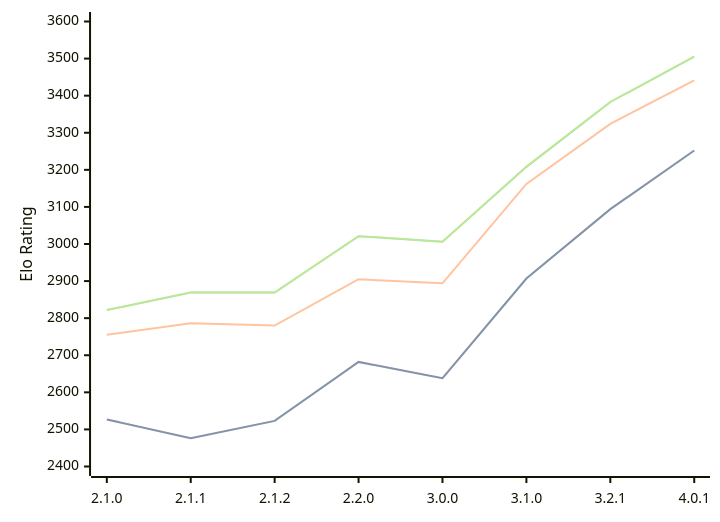
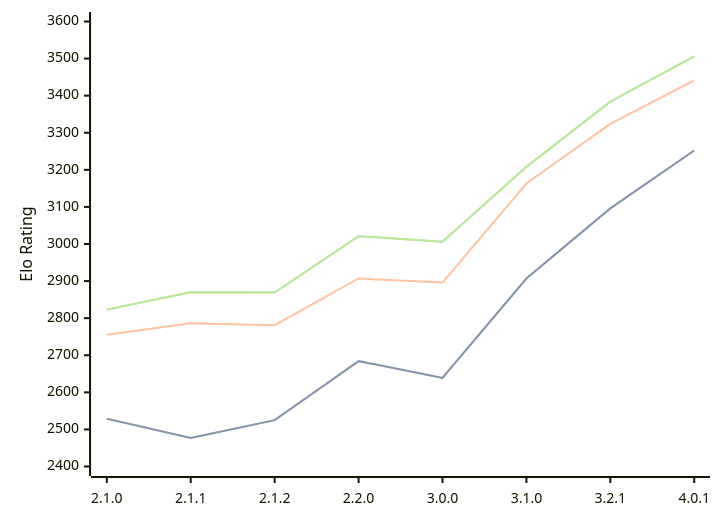
Before and after one commit to computer-chess-index/cci: the diagram in engines/Prune.md, drawn with Mermaid. The commit also changed other lines of this file, not shown here.

Commit message:
Update CCI Ratings (ELO VLTC) - 2026-08-29

````diff
--- a/engines/Prune.md
+++ b/engines/Prune.md
@@ -40,11 +40,11 @@
 ```mermaid
 %%{init: {"theme":"base","themeVariables":{"seriesColors:['#a3a3a3','#222221','#faa371']}}}%%
 xychart-beta
   x-axis ["2.1.0", "2.1.1", "2.1.2", "2.2.0", "3.0.0", "3.1.0", "3.2.1", "4.0.1"]
   y-axis "Elo Rating" 2400 --> 3600
-  line "" [2527, 2476, 2523, 2682, 2638, 2907, 3094, 3252]
-  line "STC (8.0+0.08s)" [2527, 2476, 2523, 2682, 2638, 2907, 3094, 3252]
-  line "LTC (60.0+0.60s)" [2755, 2786, 2780, 2905, 2894, 3162, 3324, 3441]
-  line "" [2822, 2869, 2869, 3021, 3006, 3208, 3383, 3505]
-  line "VLTC (2m24s+1.12s)" [2822, 2869, 2869, 3021, 3006, 3208, 3383, 3505]
+  line "" [2529, 2477, 2525, 2684, 2639, 2907, 3096, 3252]
+  line "STC (8.0+0.08s)" [2529, 2477, 2525, 2684, 2639, 2907, 3096, 3252]
+  line "LTC (60.0+0.60s)" [2755, 2786, 2781, 2907, 2896, 3163, 3324, 3441]
+  line "" [2823, 2870, 2869, 3021, 3006, 3208, 3384, 3506]
+  line "VLTC (2m24s+1.12s)" [2823, 2870, 2869, 3021, 3006, 3208, 3384, 3506]
 ```
````
